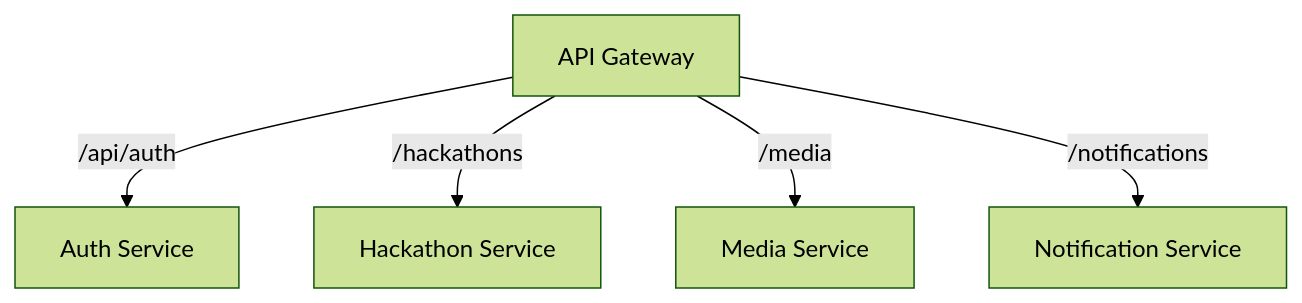
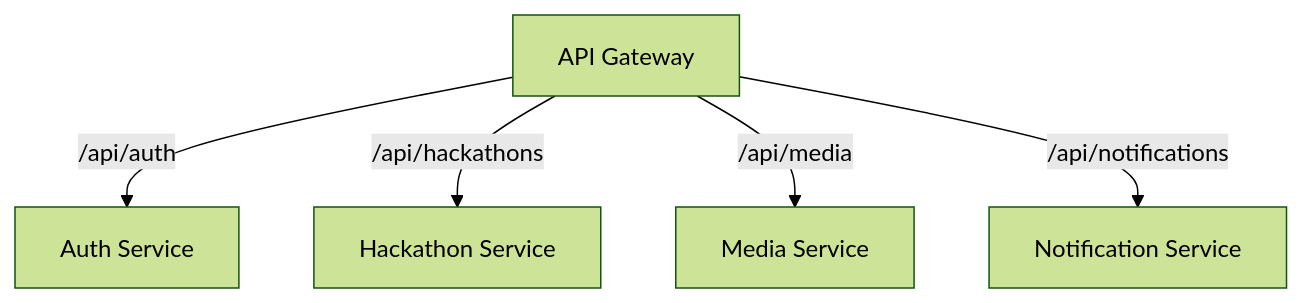
The second of 4 diagrams in backend/docs/api-gateway.md (rahul-1901/distributedSystem), drawn with Mermaid (forest theme) before and after one commit. The commit also changed other lines of this file and 5 other files, not shown here.

Commit message:
notificationServiceDownCheck

````diff
--- a/backend/docs/api-gateway.md
+++ b/backend/docs/api-gateway.md
@@ -59,8 +59,8 @@
 ```mermaid
 graph TD
     Gateway["API Gateway"]
     Gateway -->|"/api/auth"| Auth["Auth Service"]
-    Gateway -->|"/hackathons"| Hackathon["Hackathon Service"]
-    Gateway -->|"/media"| Media["Media Service"]
-    Gateway -->|"/notifications"| Notification["Notification Service"]
+    Gateway -->|"/api/hackathons"| Hackathon["Hackathon Service"]
+    Gateway -->|"/api/media"| Media["Media Service"]
+    Gateway -->|"/api/notifications"| Notification["Notification Service"]
 ```
````
